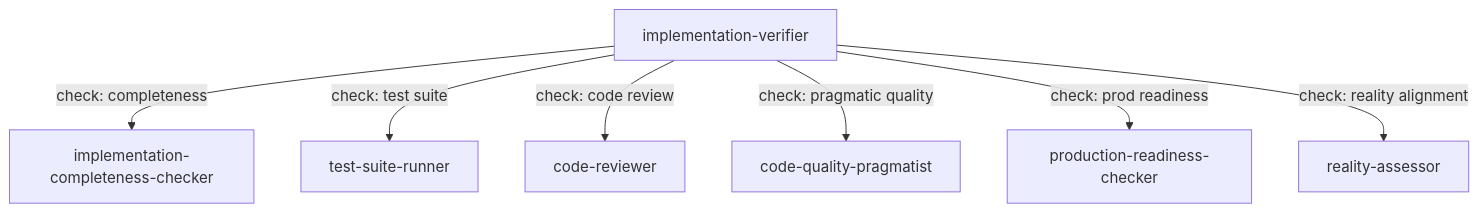
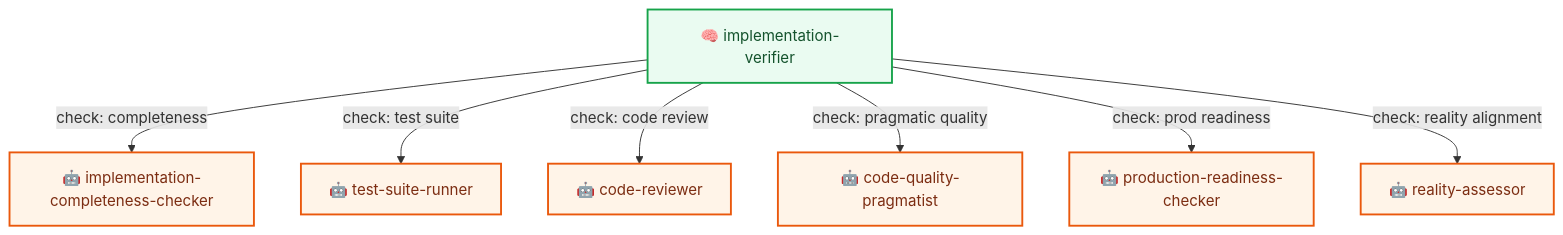
Before and after one commit to plucins/flowbit: the tenth of 10 diagrams in docs/flow/workflows.md, drawn with Mermaid. The commit also changed other lines of this file and 1 other file, not shown here.

Commit message:
Enhance mermaid diagrams with icons and improved formatting in overview and workflows documentation

````diff
--- a/docs/flow/workflows.md
+++ b/docs/flow/workflows.md
@@ -178,9 +227,14 @@
 ```mermaid
 graph TD
-  VER_S["implementation-verifier"] -- "check: completeness" --> COMP["implementation-completeness-checker"]
-  VER_S -- "check: test suite" --> TEST["test-suite-runner"]
-  VER_S -- "check: code review" --> REVIEW["code-reviewer"]
-  VER_S -- "check: pragmatic quality" --> PRAG["code-quality-pragmatist"]
-  VER_S -- "check: prod readiness" --> PROD["production-readiness-checker"]
-  VER_S -- "check: reality alignment" --> REAL["reality-assessor"]
+  VER_S["🧠 implementation-verifier"] -- "check: completeness" --> COMP["🤖 implementation-completeness-checker"]
+  VER_S -- "check: test suite" --> TEST["🤖 test-suite-runner"]
+  VER_S -- "check: code review" --> REVIEW["🤖 code-reviewer"]
+  VER_S -- "check: pragmatic quality" --> PRAG["🤖 code-quality-pragmatist"]
+  VER_S -- "check: prod readiness" --> PROD["🤖 production-readiness-checker"]
+  VER_S -- "check: reality alignment" --> REAL["🤖 reality-assessor"]
+
+  classDef skill fill:#EAFBF1,stroke:#16A34A,stroke-width:2px,color:#14532D;
+  classDef agent fill:#FFF4E8,stroke:#EA580C,stroke-width:2px,color:#7C2D12;
+  class VER_S skill;
+  class COMP,TEST,REVIEW,PRAG,PROD,REAL agent;
 ```
````
